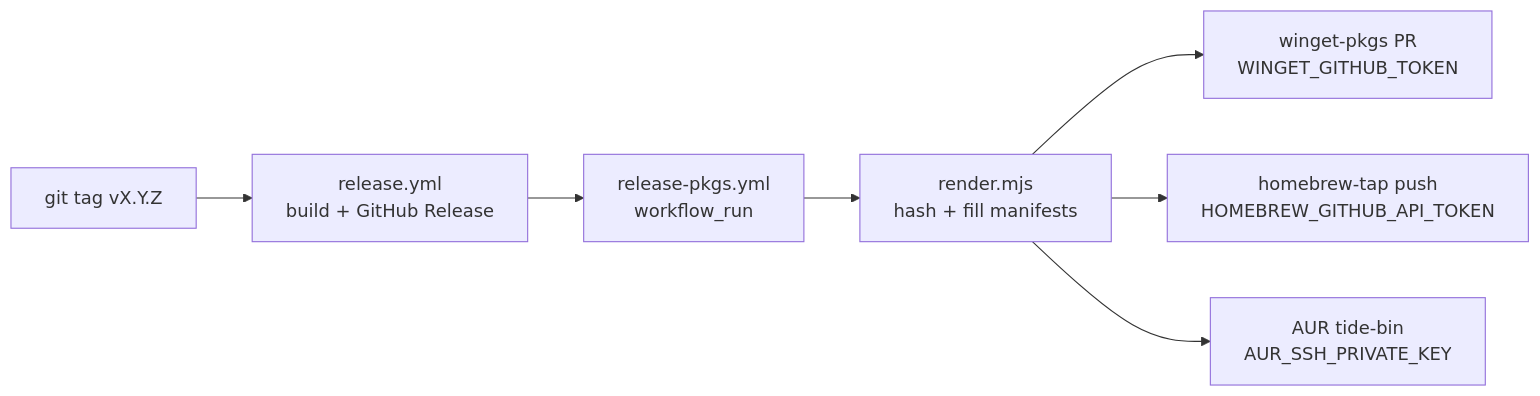
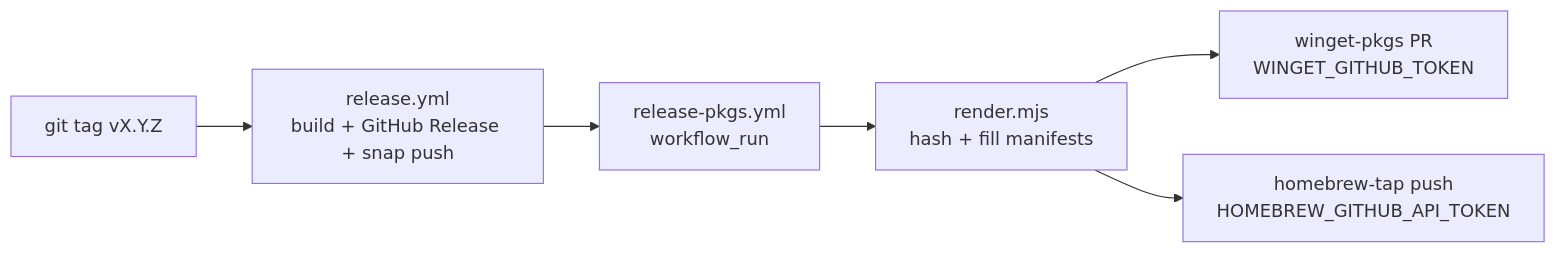
The diagram in packaging/README.md (code-with-current/tide), drawn with Mermaid before and after one commit. The commit also changed other lines of this file and 6 other files, not shown here.

First line of the commit message:
feat: replace AUR with Snap Store for Linux distribution

````diff
--- a/packaging/README.md
+++ b/packaging/README.md
@@ -55,9 +54,8 @@
 ```mermaid
 flowchart LR
-  Tag["git tag vX.Y.Z"] --> Rel["release.yml<br/>build + GitHub Release"]
+  Tag["git tag vX.Y.Z"] --> Rel["release.yml<br/>build + GitHub Release + snap push"]
   Rel --> Run["release-pkgs.yml<br/>workflow_run"]
   Run --> Rnd["render.mjs<br/>hash + fill manifests"]
   Rnd --> W["winget-pkgs PR<br/>WINGET_GITHUB_TOKEN"]
   Rnd --> B["homebrew-tap push<br/>HOMEBREW_GITHUB_API_TOKEN"]
-  Rnd --> A["AUR tide-bin<br/>AUR_SSH_PRIVATE_KEY"]
 ```
````
